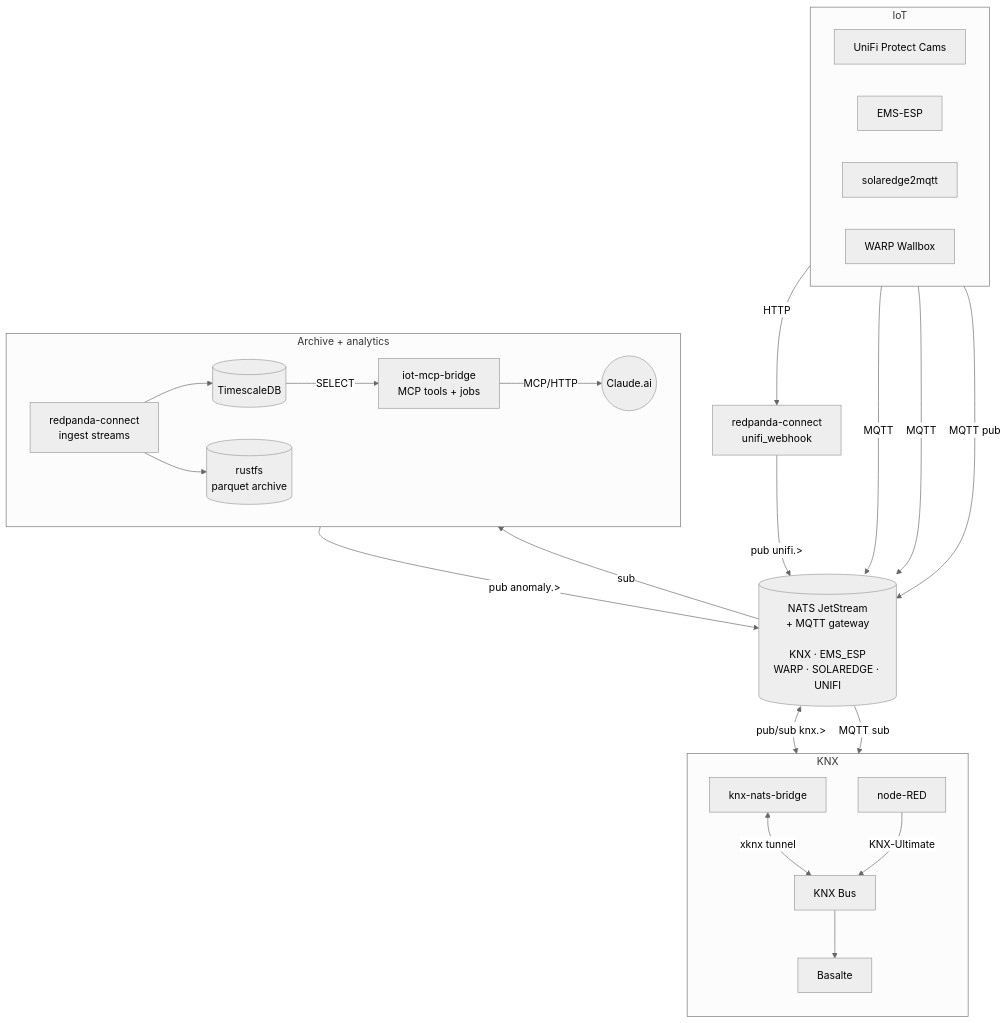
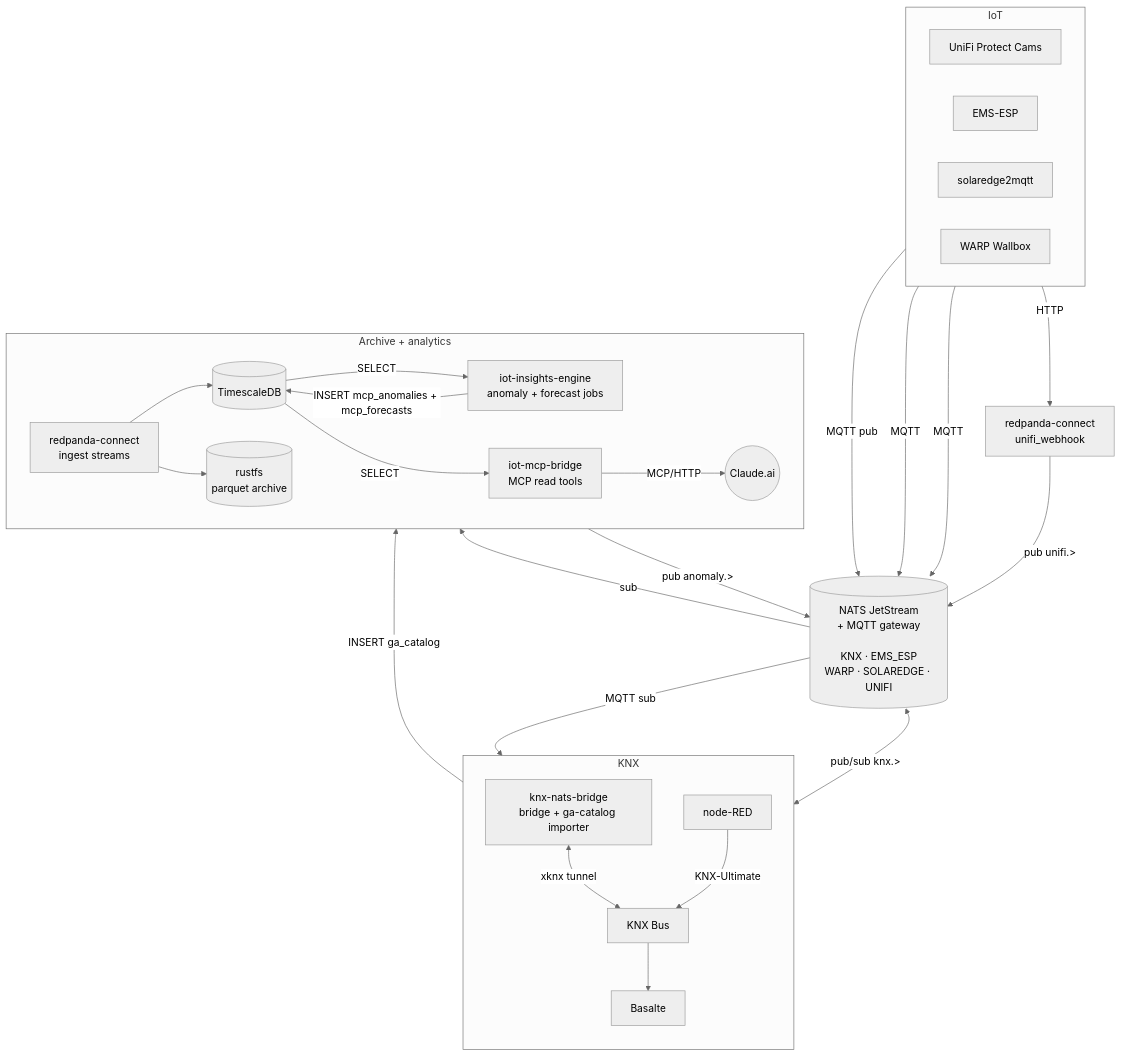
The second of 2 diagrams in README.md (alexander-zimmermann/lares), drawn with Mermaid (neutral theme) before and after one commit.

Commit message:
docs(readme): update data-flow diagram after iot-insights-engine split
iot-mcp-bridge is read-only now (MCP server + read tools, no jobs).
Add iot-insights-engine node for the anomaly + forecast write path.
knx-nats-bridge gained a 2nd entrypoint that writes ga_catalog —
also surfaced. anomaly.> NATS publish moves from mcp → engine.

````diff
--- a/README.md
+++ b/README.md
@@ -134,50 +134,54 @@
 ```mermaid
 flowchart TB
     subgraph IOT[IoT]
         direction LR
         cam[UniFi Protect Cams]
         ems[EMS-ESP]
         pv[solaredge2mqtt]
         warp[WARP Wallbox]
     end
 
     webhook[redpanda-connect<br/>unifi_webhook]
     cam -- HTTP --> webhook
 
     nats[(NATS JetStream<br/>+ MQTT gateway<br/><br/>KNX · EMS_ESP<br/>WARP · SOLAREDGE · UNIFI)]
 
     webhook -- pub unifi.> --> nats
     ems  -- MQTT --> nats
     pv   -- MQTT --> nats
     warp -- MQTT pub --> nats
 
     subgraph KX[KNX]
         direction TB
-        bridge[knx-nats-bridge]
+        bridge[knx-nats-bridge<br/>bridge + ga-catalog importer]
         nodered[node-RED]
         knx[KNX Bus]
         basalte[Basalte]
         bridge <-- xknx tunnel --> knx
         nodered -- KNX-Ultimate --> knx
         knx --> basalte
     end
 
     nats <-- pub/sub knx.> --> bridge
     nats -- MQTT sub --> nodered
 
     subgraph ARCH[Archive + analytics]
         direction LR
         ingest[redpanda-connect<br/>ingest streams]
         tsdb[(TimescaleDB)]
         rustfs[(rustfs<br/>parquet archive)]
-        mcp[iot-mcp-bridge<br/>MCP tools + jobs]
+        engine[iot-insights-engine<br/>anomaly + forecast jobs]
+        mcp[iot-mcp-bridge<br/>MCP read tools]
         claude((Claude.ai))
         ingest --> tsdb
         ingest --> rustfs
+        tsdb -- SELECT --> engine
+        engine -- INSERT mcp_anomalies + mcp_forecasts --> tsdb
         tsdb -- SELECT --> mcp
         mcp -- MCP/HTTP --> claude
     end
 
+    bridge -- INSERT ga_catalog --> tsdb
     nats -- sub --> ingest
-    mcp -- pub anomaly.> --> nats
+    engine -- pub anomaly.> --> nats
 ```
````
